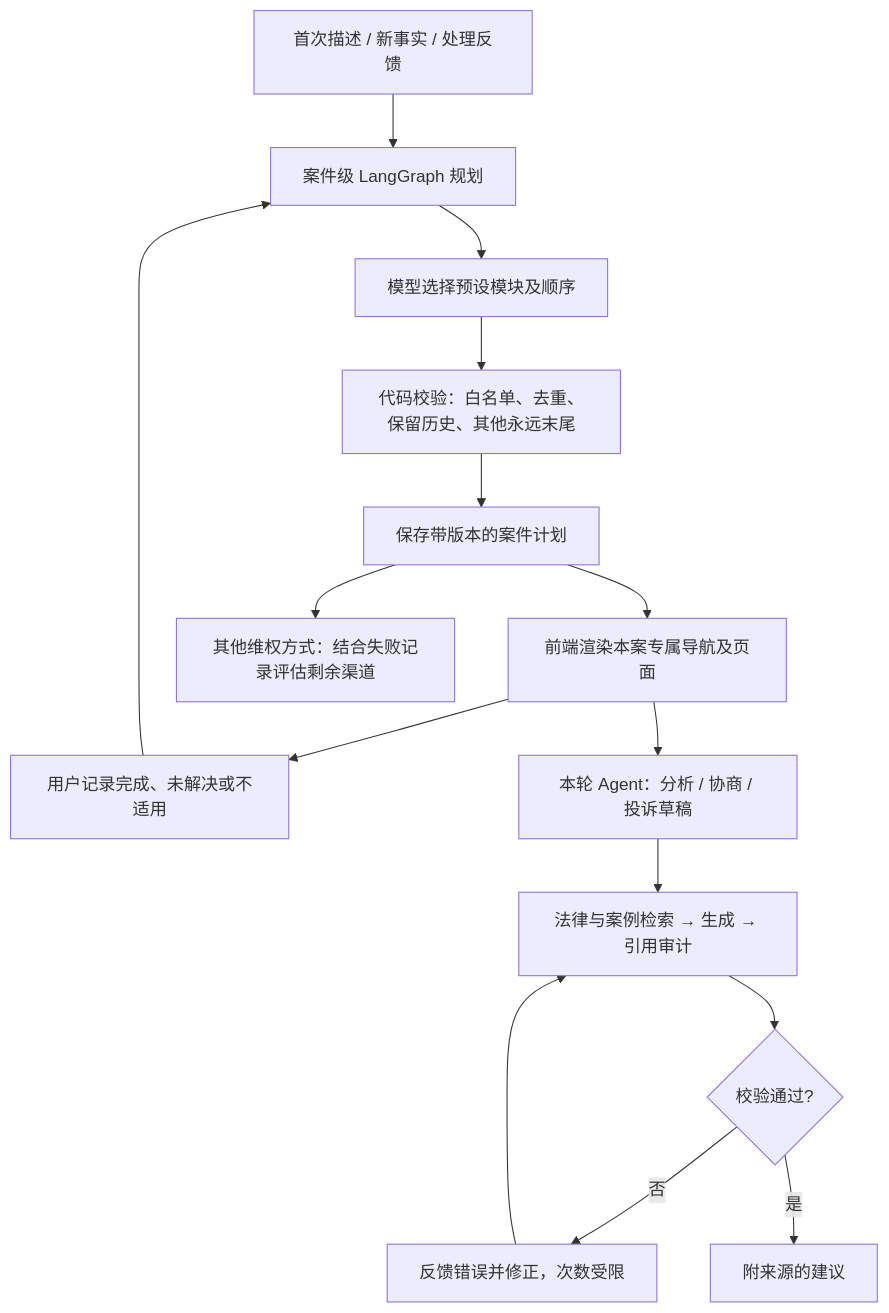
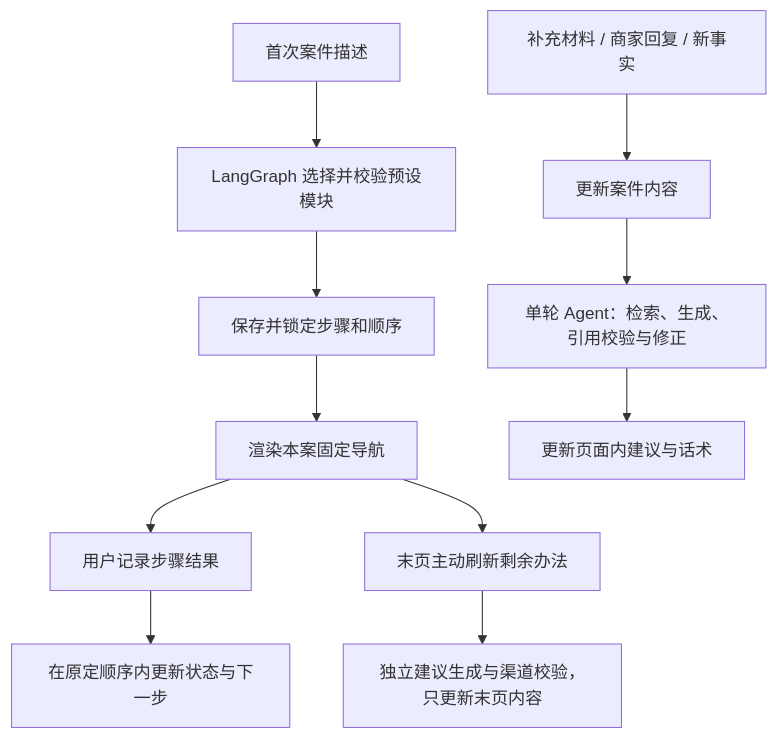
The second of 2 diagrams in docs/Agent架构.md (sangyoz/consumer-protection-agent), drawn with Mermaid before and after one commit. The commit also changed other lines of this file and 36 other files, not shown here.

````diff
--- a/docs/Agent架构.md
+++ b/docs/Agent架构.md
@@ -105,17 +107,13 @@
 ```mermaid
 flowchart TD
-  A[首次描述 / 新事实 / 处理反馈] --> B[案件级 LangGraph 规划]
-  B --> C[模型选择预设模块及顺序]
-  C --> D[代码校验：白名单、去重、保留历史、其他永远末尾]
-  D --> E[保存带版本的案件计划]
-  E --> F[前端渲染本案专属导航及页面]
-  F --> G[用户记录完成、未解决或不适用]
-  G --> B
-  F --> H[本轮 Agent：分析 / 协商 / 投诉草稿]
-  H --> I[法律与案例检索 → 生成 → 引用审计]
-  I --> J{校验通过?}
-  J -->|否| K[反馈错误并修正，次数受限]
-  K --> I
-  J -->|是| L[附来源的建议]
-  E --> M[其他维权方式：结合失败记录评估剩余渠道]
+  A[首次案件描述] --> B[LangGraph 选择并校验预设模块]
+  B --> C[保存并锁定步骤和顺序]
+  C --> D[渲染本案固定导航]
+  E[补充材料 / 商家回复 / 新事实] --> F[更新案件内容]
+  F --> G[单轮 Agent：检索、生成、引用校验与修正]
+  G --> H[更新页面内建议与话术]
+  D --> I[用户记录步骤结果]
+  I --> J[在原定顺序内更新状态与下一步]
+  D --> K[末页主动刷新剩余办法]
+  K --> L[独立建议生成与渠道校验，只更新末页内容]
 ```
````
